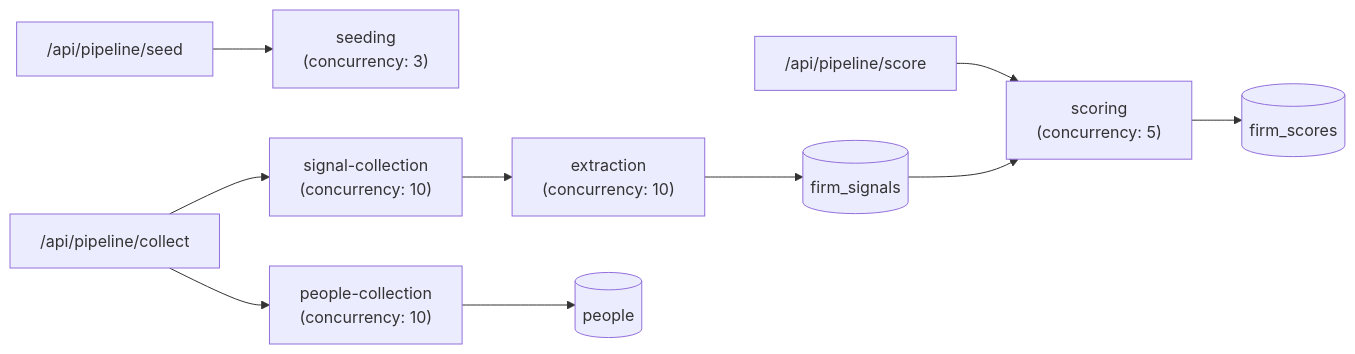
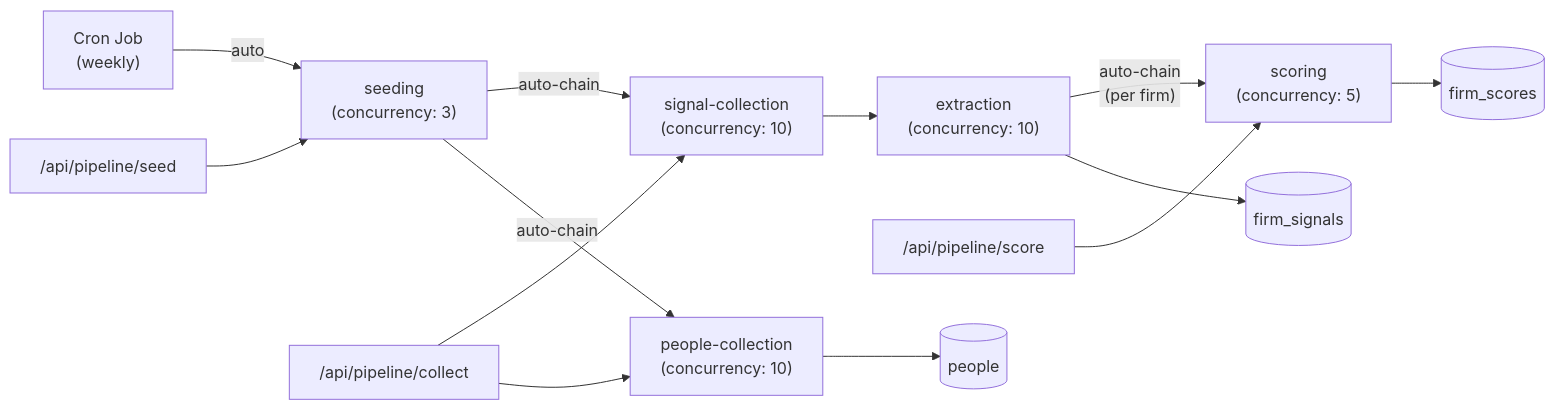
Before and after one commit to GuilhermeDaSilvaFerreira/ai-usage-scraper: the sixth of 7 diagrams in backend/docs/PIPELINE.md, drawn with Mermaid. The commit also changed other lines of this file and 13 other files, not shown here.

Commit message:
feat: make pipeline auto-chain

````diff
--- a/backend/docs/PIPELINE.md
+++ b/backend/docs/PIPELINE.md
@@ -247,13 +247,16 @@
 ```mermaid
 flowchart LR
+    CRON["Cron Job\n(weekly)"] -->|auto| SDQ
     API1["/api/pipeline/seed"] --> SDQ["seeding\n(concurrency: 3)"]
+    SDQ -->|"auto-chain"| SCQ
     API2["/api/pipeline/collect"] --> SCQ["signal-collection\n(concurrency: 10)"]
     API2 --> PCQ["people-collection\n(concurrency: 10)"]
     SCQ --> EXQ["extraction\n(concurrency: 10)"]
+    EXQ -->|"auto-chain\n(per firm)"| SCRQ
     API3["/api/pipeline/score"] --> SCRQ["scoring\n(concurrency: 5)"]
 
+    SDQ -->|"auto-chain"| PCQ
     PCQ --> PEOPLE[(people)]
     EXQ --> SIGNALS[(firm_signals)]
-    SIGNALS --> SCRQ
     SCRQ --> SCORES[(firm_scores)]
 ```
````
